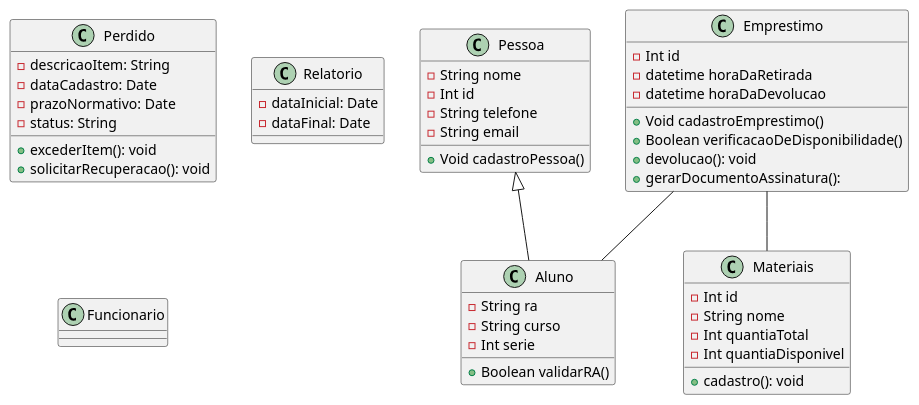
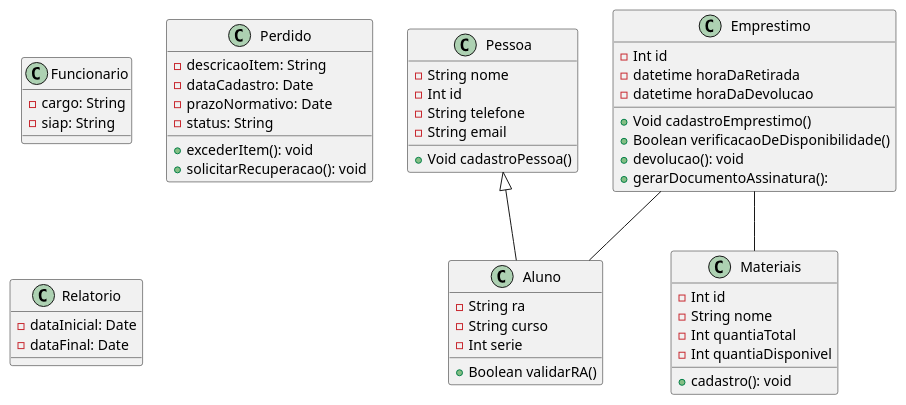
Before and after one commit to danielalvesmoura/APS-Compartilhado: the diagram in diagramaDeClasse.puml, drawn with PlantUML.

```diff
--- a/diagramaDeClasse.puml
+++ b/diagramaDeClasse.puml
@@ -1,62 +1,67 @@
 @startuml   
 
 class "Pessoa" as pes{
     -String nome
     -Int id
     -String telefone
     -String email
 
     +Void cadastroPessoa()
 }
  
 class "Aluno" as alu{
     -String ra
     -String curso
     -Int serie
 
     +Boolean validarRA()
+}
+
+class Funcionario {
+    -cargo: String
+    -siap: String
 }
 
 class "Materiais" as mat{
     -Int id
     -String nome
     -Int quantiaTotal
     -Int quantiaDisponivel
 
     +cadastro(): void
 }
 
 class "Emprestimo" as emp{
     -Int id
     -datetime horaDaRetirada
     -datetime horaDaDevolucao
 
     +Void cadastroEmprestimo()
     +Boolean verificacaoDeDisponibilidade()
     +devolucao(): void
     +gerarDocumentoAssinatura(): 
 }
 
 class Perdido {
     -descricaoItem: String
     -dataCadastro: Date
     -prazoNormativo: Date
     -status: String
     +excederItem(): void
     +solicitarRecuperacao(): void
 }
 
 class Relatorio {
     -dataInicial: Date
     -dataFinal: Date
 }
 
-class Funcionario
+
 
 
 pes <|-- alu
 emp -- mat
 emp -- alu
 
 
 @enduml
```
